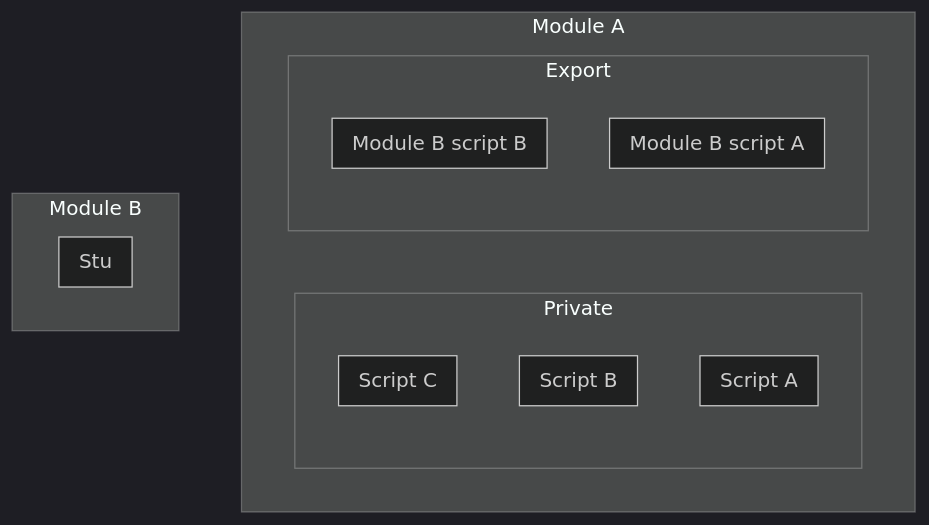
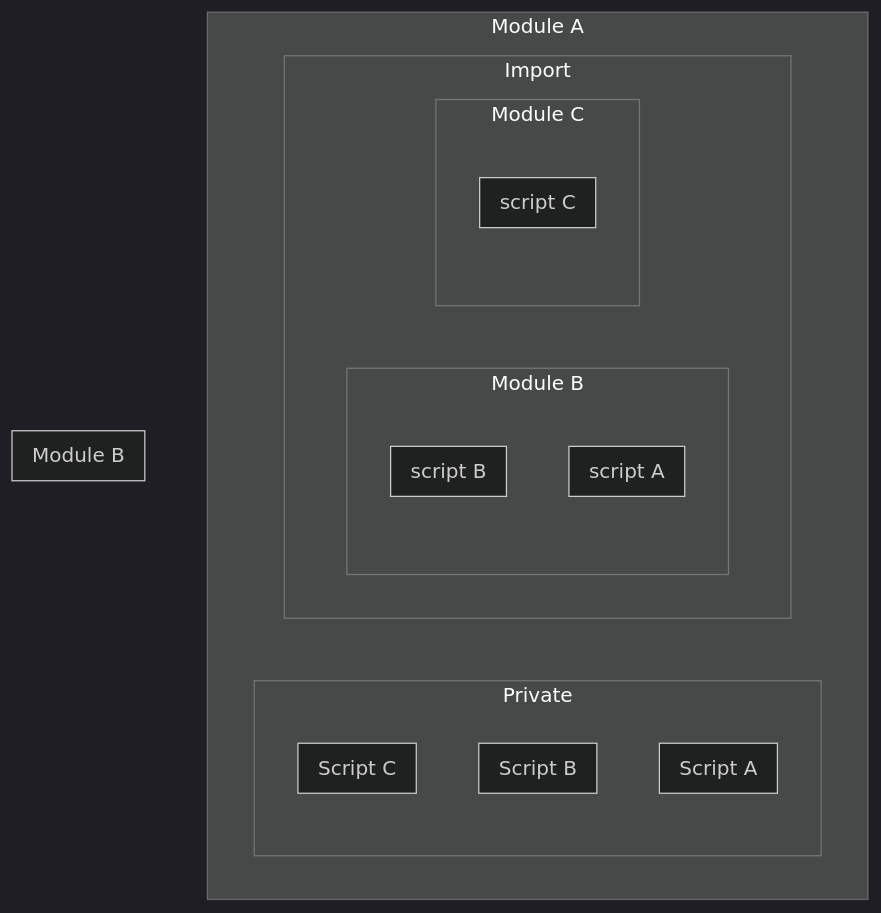
One commit to CloudChi/FX-Framework changed the diagram in Script Dependencies.md. Above: the diagram before and after it, drawn with Mermaid (dark theme).

Commit message:
Update Script Dependencies.md

````diff
--- a/Script Dependencies.md
+++ b/Script Dependencies.md
@@ -3,24 +3,30 @@
 ```mermaid
 flowchart TB
   subgraph Module A
     subgraph Private
       subgraph Script A
       end
       subgraph Script B
       end
       subgraph Script C
       end      
     end
-    subgraph Export
-      subgraph Module B script A
+    subgraph Import
+      subgraph Module B
+        subgraph script A
+        end
+        subgraph script B
+        end
       end
-      subgraph Module B script B
+      subgraph Module C
+        subgraph script C
+        end
       end
     end
   end
   
   subgraph Module B
-  subgraph Stu
+  subgraph Import
   end
   end
 ```
````
